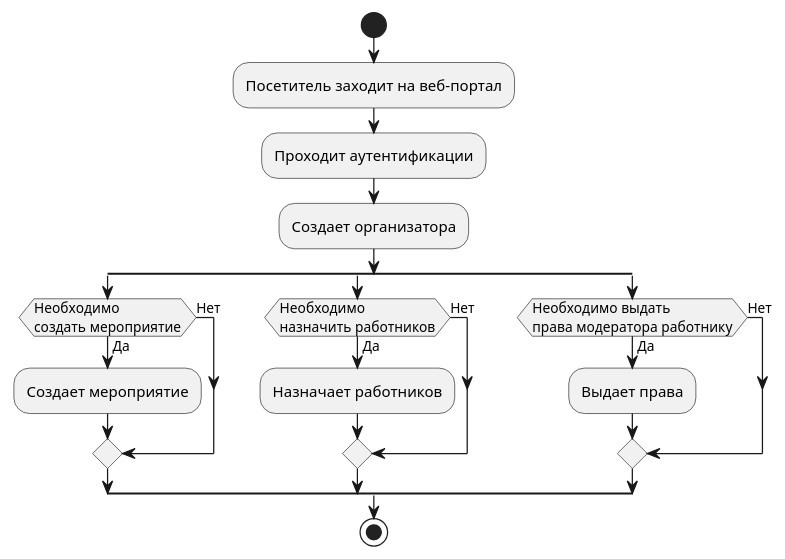
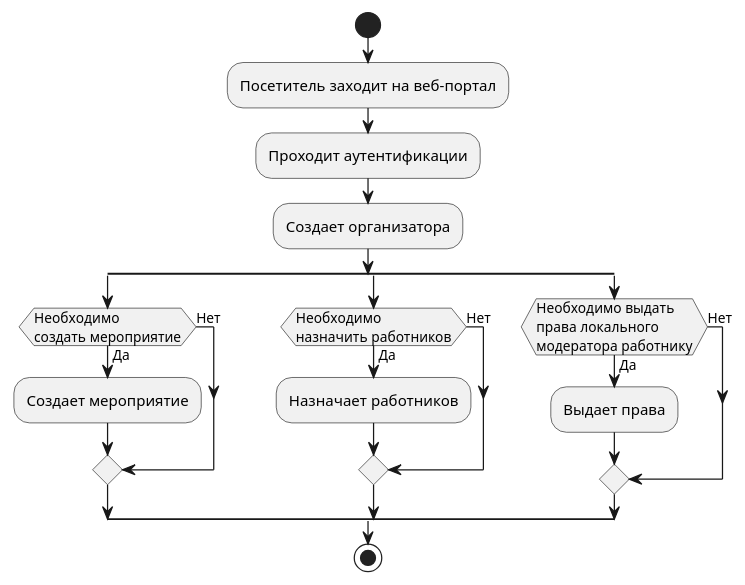
The diagram in doc/diagrams/activity_organizer.puml (TrondinDS/SNGGame), drawn with PlantUML before and after one commit. The commit also changed 4 other files, not shown here.

Commit message:
update diagrams

```diff
--- a/doc/diagrams/activity_organizer.puml
+++ b/doc/diagrams/activity_organizer.puml
@@ -1,28 +1,28 @@
 @startuml
 
 start
 
 :Посетитель заходит на веб-портал;
 :Проходит аутентификации;
 :Создает организатора;
 
 split
     if (Необходимо\nсоздать мероприятие) then (Да)
         :Создает мероприятие;
     else  (Нет)
     endif
 split again
     if (Необходимо\nназначить работников) then (Да)
         :Назначает работников;
     else  (Нет)
     endif
 split again
-    if (Необходимо выдать\nправа модератора работнику) then (Да)
+    if (Необходимо выдать\nправа локального\nмодератора работнику) then (Да)
         :Выдает права;
     else  (Нет)
     endif
 end split
 
 stop
 
 @enduml
```
